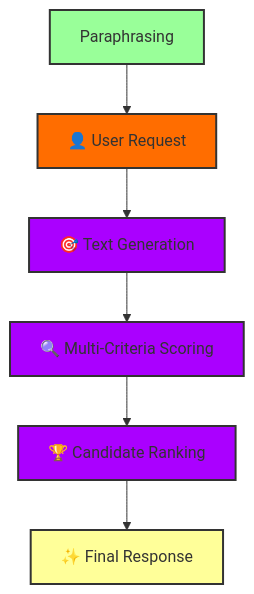
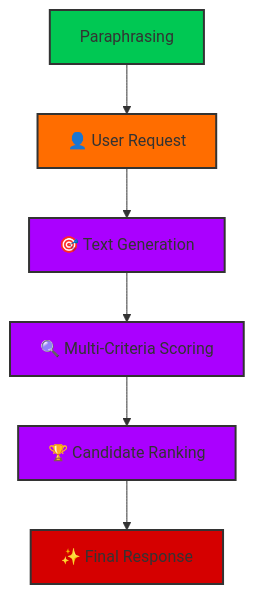
The second of 2 diagrams in AI/README.MD (AntonioRinaldidev/toxic-radar), drawn with Mermaid before and after one commit. The commit also changed other lines of this file, not shown here.

````diff
--- a/AI/README.MD
+++ b/AI/README.MD
@@ -100,14 +100,14 @@
 ```mermaid
 flowchart TD
     Paraphrasing --> UserRequest[👤 User Request]
     UserRequest --> Generation[🎯 Text Generation]
     Generation --> Scoring[🔍 Multi-Criteria Scoring]
     Scoring --> Ranking[🏆 Candidate Ranking]
     Ranking --> Response[✨ Final Response]
-    style Paraphrasing fill:#99ff99,stroke:#333,stroke-width:2px
+    style Paraphrasing fill:#00C853,stroke:#333,stroke-width:2px
     style UserRequest fill:#ff6D00,stroke:#333,stroke-width:2px
     style Generation fill:#AA00FF,stroke:#333,stroke-width:2px
     style Scoring fill:#AA00FF,stroke:#333,stroke-width:2px
     style Ranking fill:#AA00FF,stroke:#333,stroke-width:2px
-    style Response fill:#ffff99,stroke:#333,stroke-width:2px
+    style Response fill:#D50000,stroke:#333,stroke-width:2px
 ```
````
